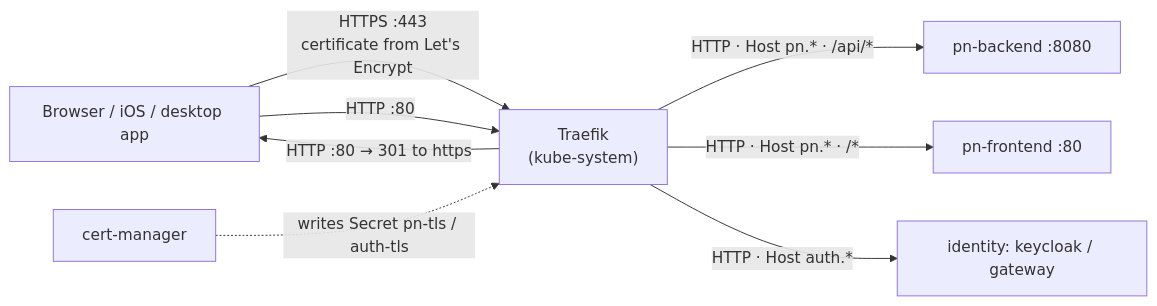
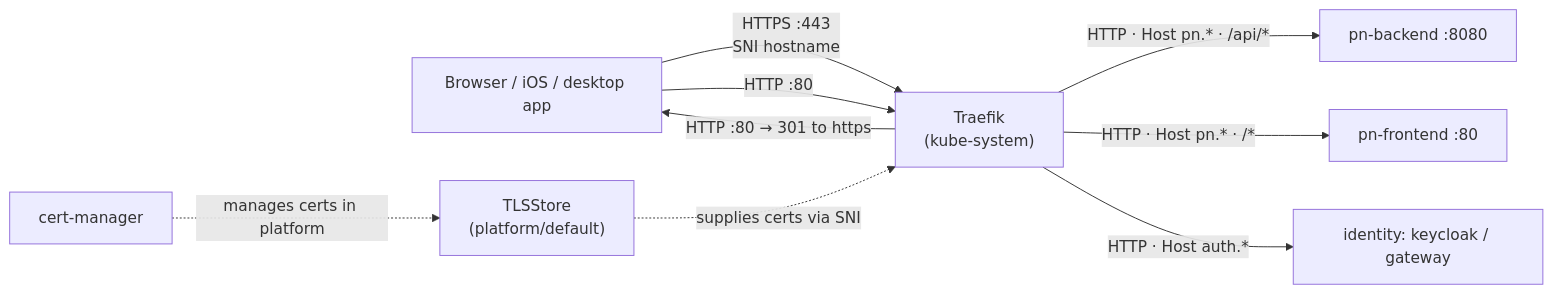
The first of 3 diagrams in docs/tls-certificates.md (nacfson/nacfson_pipeline), drawn with Mermaid before and after one commit. The commit also changed other lines of this file and 33 other files, not shown here.

Commit message:
feat(platform): serve all edge certificates from a platform TLS store

````diff
--- a/docs/tls-certificates.md
+++ b/docs/tls-certificates.md
@@ -34,10 +34,11 @@
 ```mermaid
 flowchart LR
-  U["Browser / iOS / desktop app"] -- "HTTPS :443<br/>certificate from Let's Encrypt" --> T["Traefik<br/>(kube-system)"]
+  U["Browser / iOS / desktop app"] -- "HTTPS :443<br/>SNI hostname" --> T["Traefik<br/>(kube-system)"]
   U -- "HTTP :80" --> T
   T -- "HTTP :80 → 301 to https" --> U
+  S["TLSStore<br/>(platform/default)"] -. "supplies certs via SNI" .-> T
+  CM["cert-manager"] -. "manages certs in platform" .-> S
   T -- "HTTP · Host pn.* · /api/*" --> B["pn-backend :8080"]
   T -- "HTTP · Host pn.* · /*" --> F["pn-frontend :80"]
   T -- "HTTP · Host auth.*" --> I["identity: keycloak / gateway"]
-  CM["cert-manager"] -. "writes Secret pn-tls / auth-tls" .-> T
 ```
````
